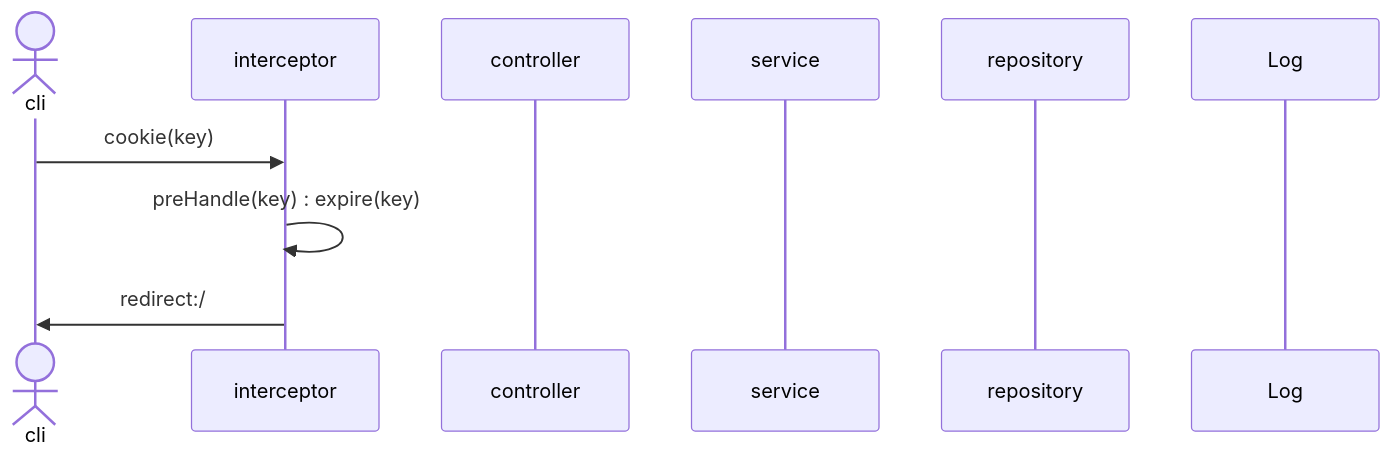
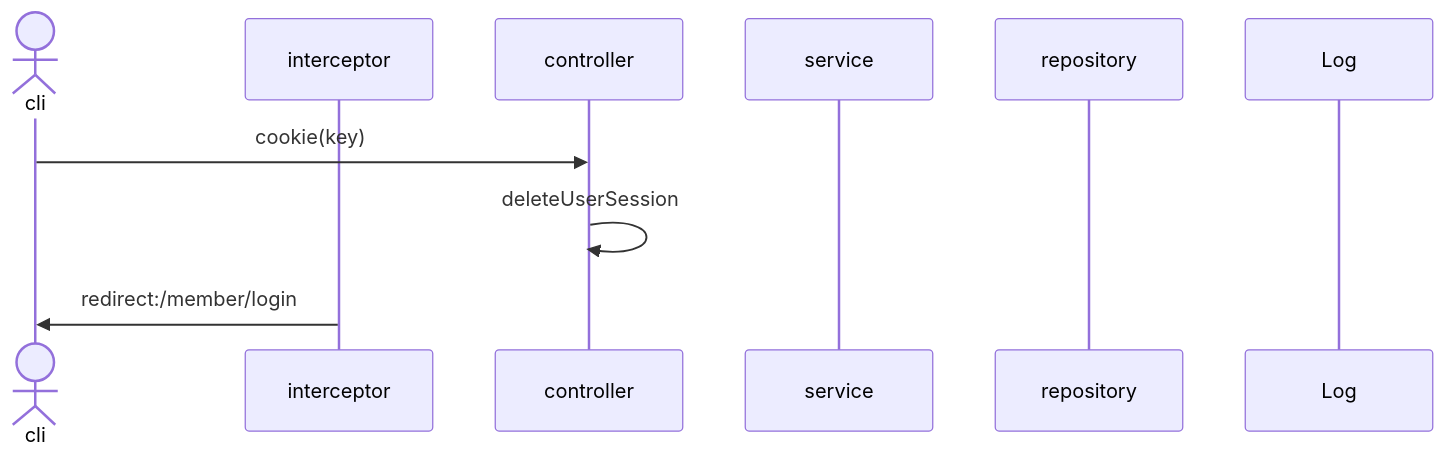
Diagram 12 of 30 in sequence.md (mtak0235/snsX), drawn with Mermaid before and after one commit. The commit also changed other lines of this file and 2 other files, not shown here.

Commit message:
#41 인터셉터가 아닌 컨트롤러에서 로그아웃 처리. 이유1:LoginCheckInterceptor의 postHandler에 로그아웃 로직을 넣기에는 해당 인터셉터를 통과하는 모든 경로가 영향을 받아버림. 이유2: 새로 인터셉트를 만들기에는 몇 줄 없는 코드에 파일이 새로 생겨버림.

````diff
--- a/sequence.md
+++ b/sequence.md
@@ -302,13 +302,13 @@
 ```mermaid
 sequenceDiagram
 actor cli
 participant i as interceptor
 participant c as controller
 participant s as service
 participant r as repository
 participant l as Log
 
-cli->>i: cookie(key)
-i->>i: preHandle(key) : expire(key)
-i->>cli: redirect:/
+cli->>c: cookie(key)
+c->>c: deleteUserSession
+i->>cli: redirect:/member/login
 ```
````
